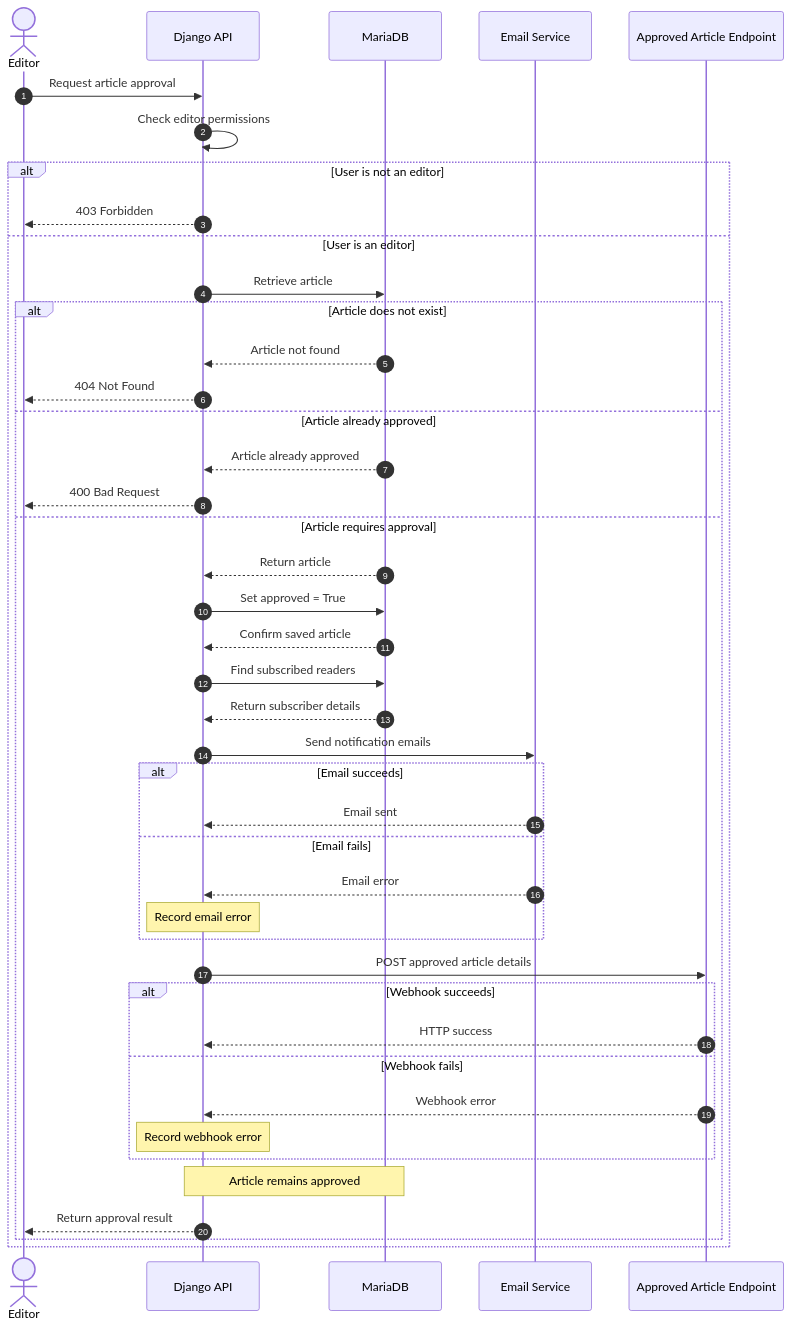
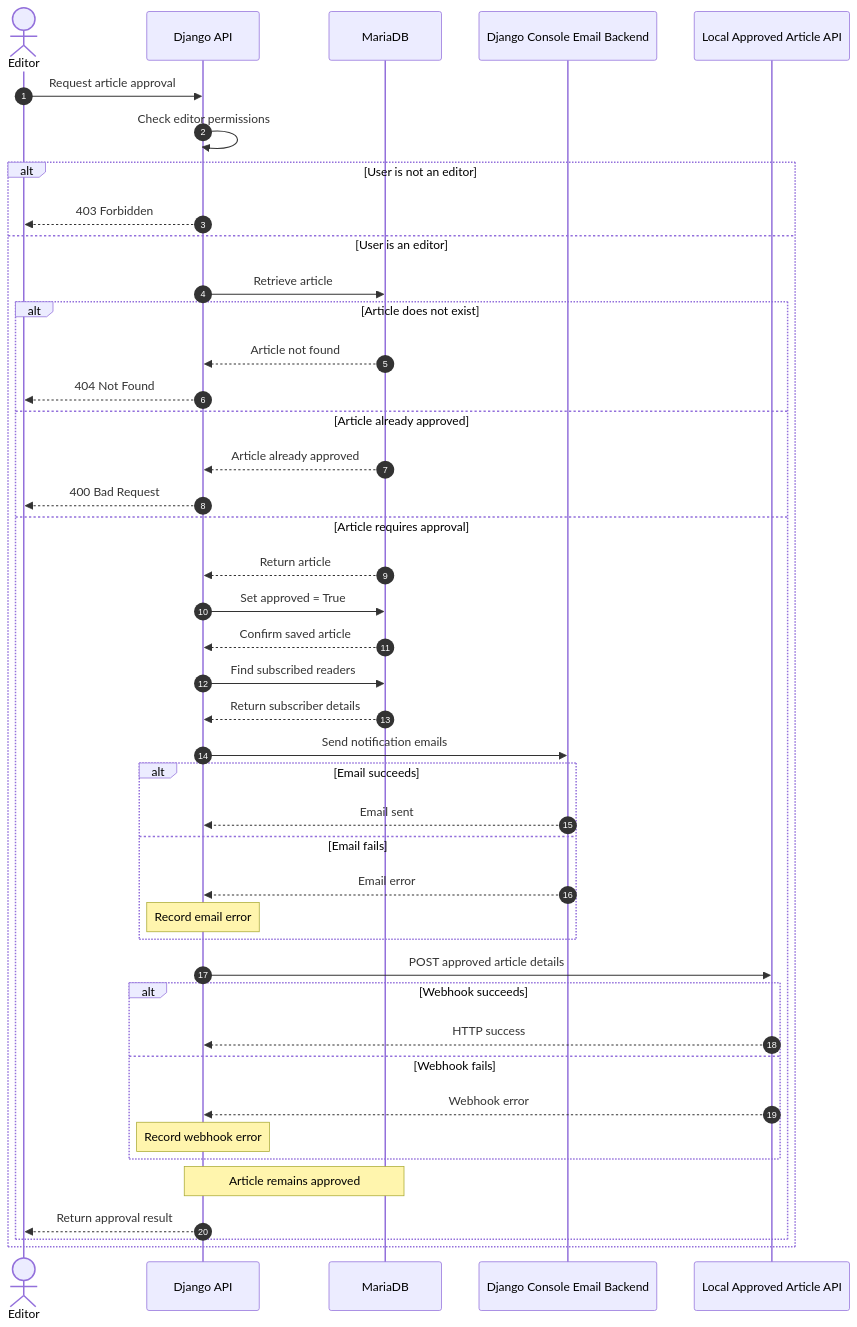
The second of 3 diagrams in docs/system_design.md (Muhali2032/news-application), drawn with Mermaid before and after one commit. The commit also changed other lines of this file and 3 other files, not shown here.

````diff
--- a/docs/system_design.md
+++ b/docs/system_design.md
@@ -57,51 +59,51 @@
 ```mermaid
 sequenceDiagram
     autonumber
     actor Editor
     participant API as Django API
     participant DB as MariaDB
-    participant Email as Email Service
-    participant Webhook as Approved Article Endpoint
+    participant Email as Django Console Email Backend
+    participant Webhook as Local Approved Article API
 
     Editor->>API: Request article approval
     API->>API: Check editor permissions
 
     alt User is not an editor
         API-->>Editor: 403 Forbidden
     else User is an editor
         API->>DB: Retrieve article
 
         alt Article does not exist
             DB-->>API: Article not found
             API-->>Editor: 404 Not Found
         else Article already approved
             DB-->>API: Article already approved
             API-->>Editor: 400 Bad Request
         else Article requires approval
             DB-->>API: Return article
             API->>DB: Set approved = True
             DB-->>API: Confirm saved article
             API->>DB: Find subscribed readers
             DB-->>API: Return subscriber details
 
             API->>Email: Send notification emails
             alt Email succeeds
                 Email-->>API: Email sent
             else Email fails
                 Email-->>API: Email error
                 Note over API: Record email error
             end
 
             API->>Webhook: POST approved article details
             alt Webhook succeeds
                 Webhook-->>API: HTTP success
             else Webhook fails
                 Webhook-->>API: Webhook error
                 Note over API: Record webhook error
             end
 
             Note over API,DB: Article remains approved
             API-->>Editor: Return approval result
         end
     end
 ```
````
